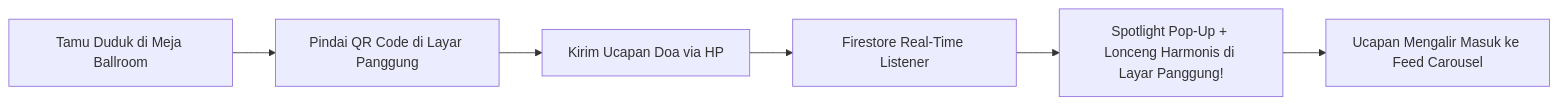
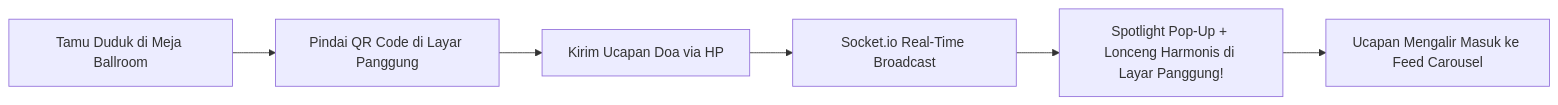
One commit to hndko/app_weddingbetawi_react changed the fourth of 6 diagrams in docs/02-buku-panduan-pengguna.md. Above: the diagram before and after it, drawn with Mermaid. The commit also changed other lines of this file and 39 other files, not shown here.

````diff
--- a/docs/02-buku-panduan-pengguna.md
+++ b/docs/02-buku-panduan-pengguna.md
@@ -338,8 +341,8 @@
 ```mermaid
 graph LR
     A["Tamu Duduk di Meja Ballroom"] --> B["Pindai QR Code di Layar Panggung"]
     B --> C["Kirim Ucapan Doa via HP"]
-    C --> D["Firestore Real-Time Listener"]
+    C --> D["Socket.io Real-Time Broadcast"]
     D --> E["Spotlight Pop-Up + Lonceng Harmonis di Layar Panggung!"]
     E --> F["Ucapan Mengalir Masuk ke Feed Carousel"]
 ```
````
